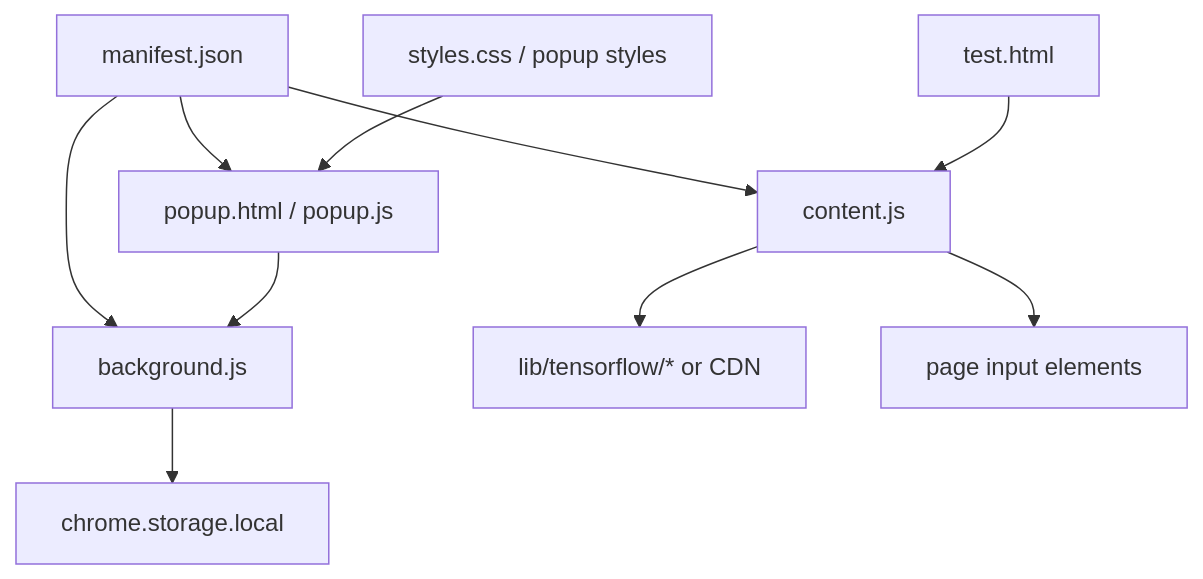
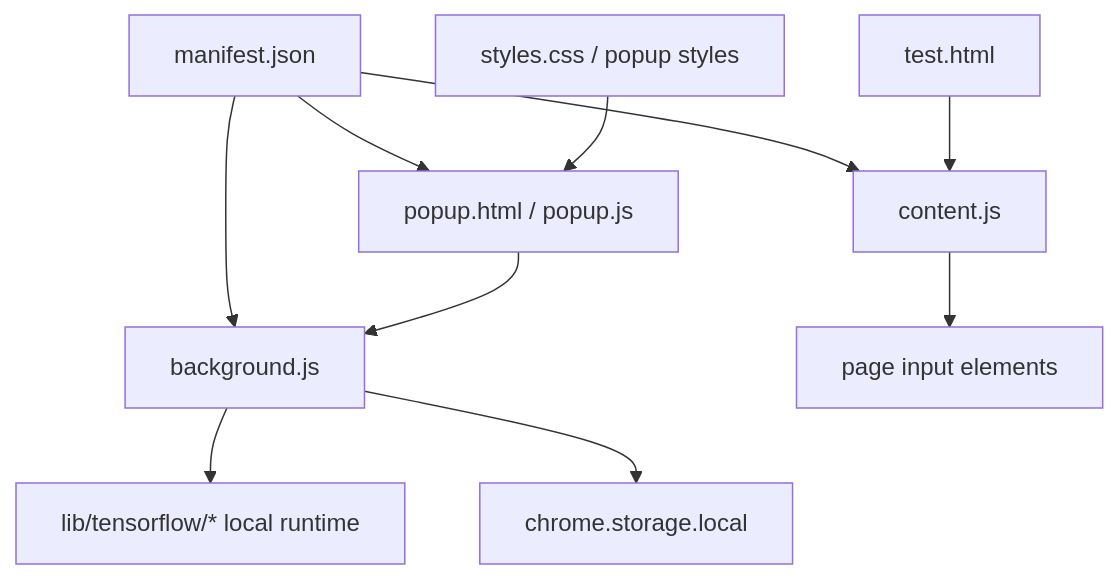
Before and after one commit to Life-Experimentalist/ToxicGuard_AI: the third of 4 diagrams in README.md, drawn with Mermaid. The commit also changed other lines of this file and 1 other file, not shown here.

````diff
--- a/README.md
+++ b/README.md
@@ -127,21 +129,21 @@
 ```mermaid
 graph TD
   M[manifest.json]
   BG_FILE[background.js]
   CS_FILE[content.js]
   POPUP[popup.html / popup.js]
-  LIB[lib/tensorflow/* or CDN]
+  LIB[lib/tensorflow/* local runtime]
   UI[page input elements]
   TEST[test.html]
   CSS[styles.css / popup styles]
 
   M --> BG_FILE
   M --> CS_FILE
   M --> POPUP
-  CS_FILE --> LIB
+  BG_FILE --> LIB
   CS_FILE --> UI
   POPUP --> BG_FILE
   BG_FILE --> STORAGE[chrome.storage.local]
   TEST --> CS_FILE
   CSS --> POPUP
 ```
````
